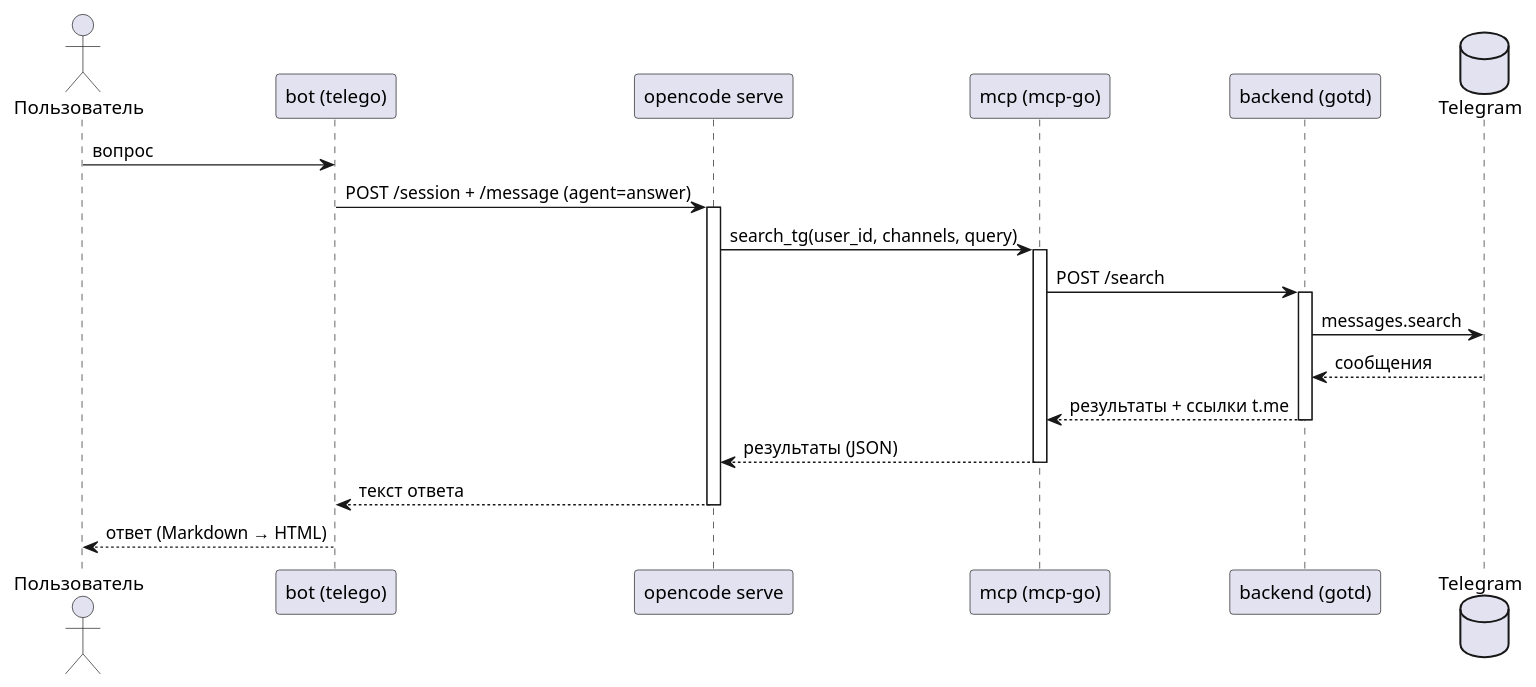
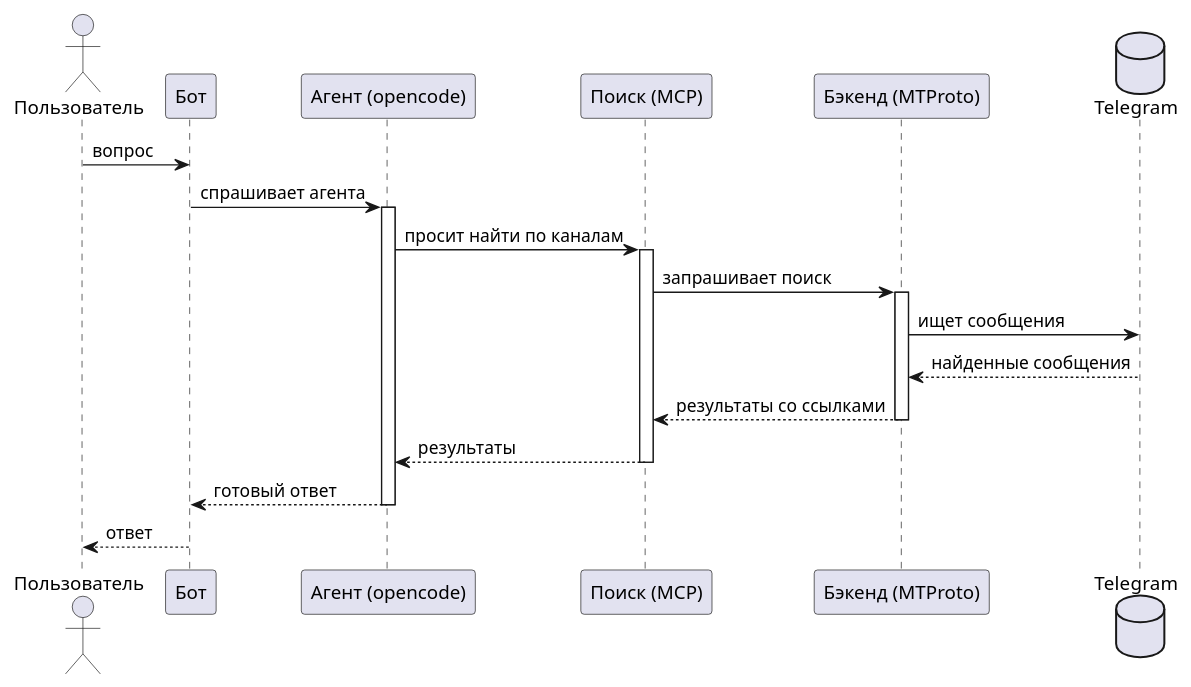
One commit to aesvechnikov/candle-lurk-tg-bot changed the diagram in docs/architecture.puml. Above: the diagram before and after it, drawn with PlantUML. The commit also changed 1 other file, not shown here.

Commit message:
Humanize sequence diagram labels

```diff
--- a/docs/architecture.puml
+++ b/docs/architecture.puml
@@ -1,25 +1,25 @@
 @startuml
 actor Пользователь
-participant "bot (telego)" as Bot
-participant "opencode serve" as OC
-participant "mcp (mcp-go)" as MCP
-participant "backend (gotd)" as Backend
+participant "Бот" as Bot
+participant "Агент (opencode)" as OC
+participant "Поиск (MCP)" as MCP
+participant "Бэкенд (MTProto)" as Backend
 database "Telegram" as TG
 
 Пользователь -> Bot: вопрос
-Bot -> OC: POST /session + /message (agent=answer)
+Bot -> OC: спрашивает агента
 activate OC
-OC -> MCP: search_tg(user_id, channels, query)
+OC -> MCP: просит найти по каналам
 activate MCP
-MCP -> Backend: POST /search
+MCP -> Backend: запрашивает поиск
 activate Backend
-Backend -> TG: messages.search
-TG --> Backend: сообщения
-Backend --> MCP: результаты + ссылки t.me
+Backend -> TG: ищет сообщения
+TG --> Backend: найденные сообщения
+Backend --> MCP: результаты со ссылками
 deactivate Backend
-MCP --> OC: результаты (JSON)
+MCP --> OC: результаты
 deactivate MCP
-OC --> Bot: текст ответа
+OC --> Bot: готовый ответ
 deactivate OC
-Bot --> Пользователь: ответ (Markdown → HTML)
+Bot --> Пользователь: ответ
 @enduml
```
